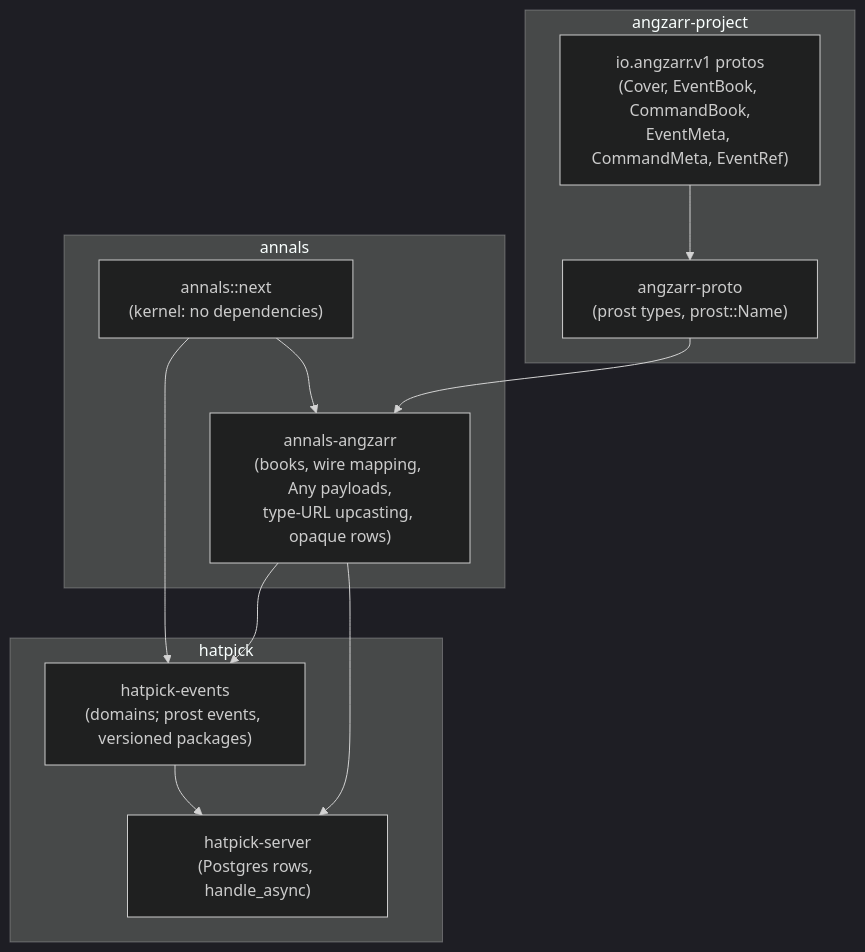
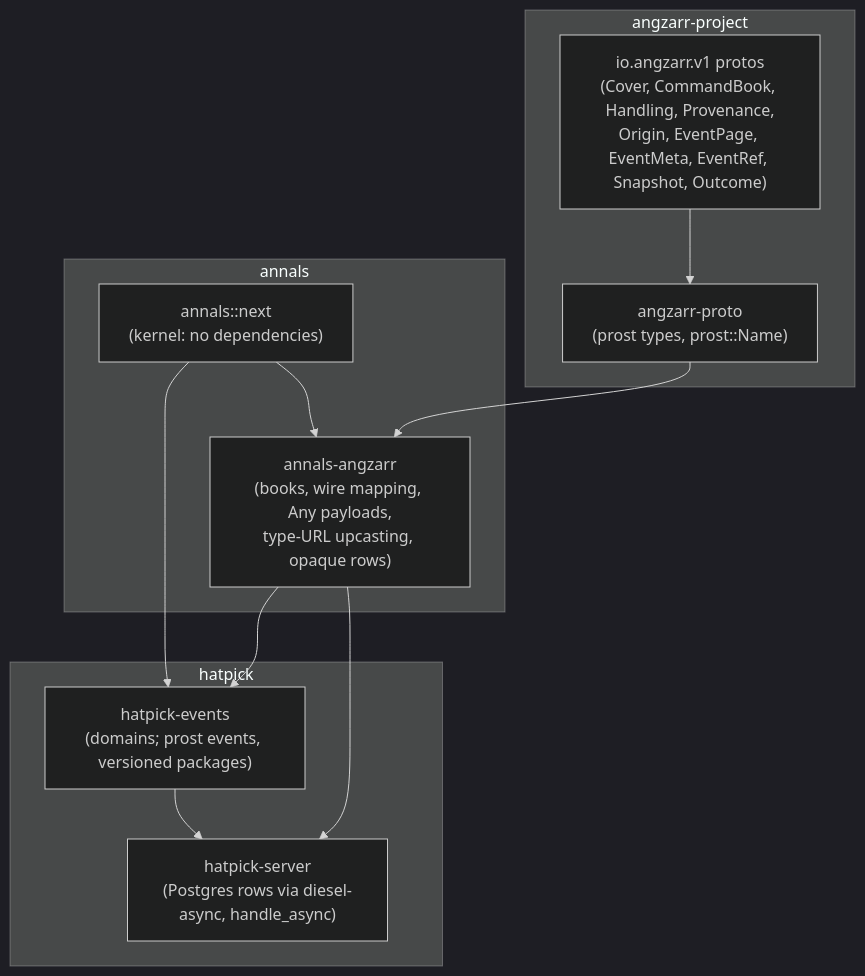
The first of 2 diagrams in docs/design/audit.md (angzarr-io/angzarr-embedded), drawn with Mermaid (dark theme) before and after one commit. The commit also changed other lines of this file and 33 other files, not shown here.

First line of the commit message:
Realign the audited-kernel proposal to angzarr's final protos (279bc89)

````diff
--- a/docs/design/audit.md
+++ b/docs/design/audit.md
@@ -32,22 +39,22 @@
 ```mermaid
 flowchart TB
   subgraph angzarr-project
-    P["io.angzarr.v1 protos<br/>(Cover, EventBook, CommandBook,<br/>EventMeta, CommandMeta, EventRef)"]
+    P["io.angzarr.v1 protos<br/>(Cover, CommandBook, Handling, Provenance,<br/>Origin, EventPage, EventMeta, EventRef, Snapshot, Outcome)"]
     AP["angzarr-proto<br/>(prost types, prost::Name)"]
     P --> AP
   end
   subgraph annals
     K["annals::next<br/>(kernel: no dependencies)"]
     AA["annals-angzarr<br/>(books, wire mapping, Any payloads,<br/>type-URL upcasting, opaque rows)"]
     K --> AA
   end
   AP --> AA
   subgraph hatpick
     E["hatpick-events<br/>(domains; prost events, versioned packages)"]
-    S["hatpick-server<br/>(Postgres rows, handle_async)"]
+    S["hatpick-server<br/>(Postgres rows via diesel-async, handle_async)"]
     E --> S
   end
   K --> E
   AA --> E
   AA --> S
 ```
````
